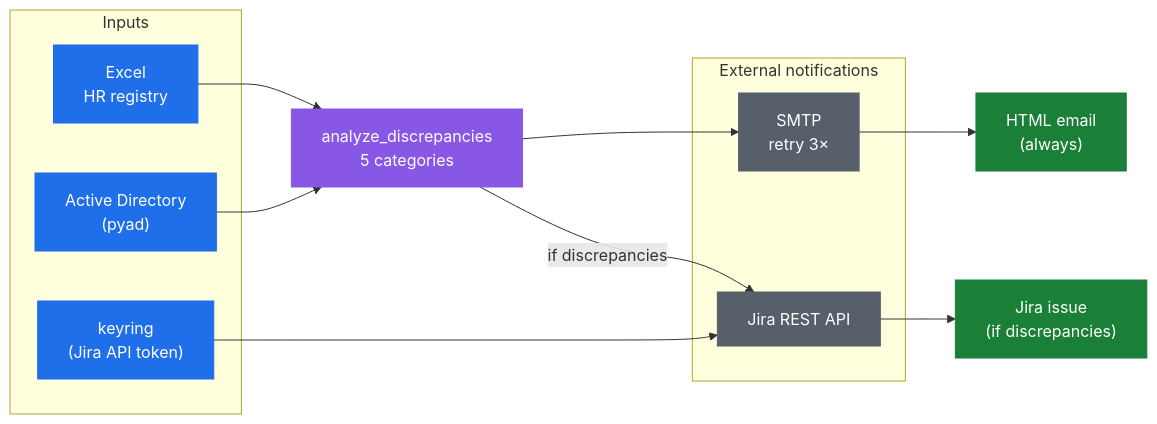
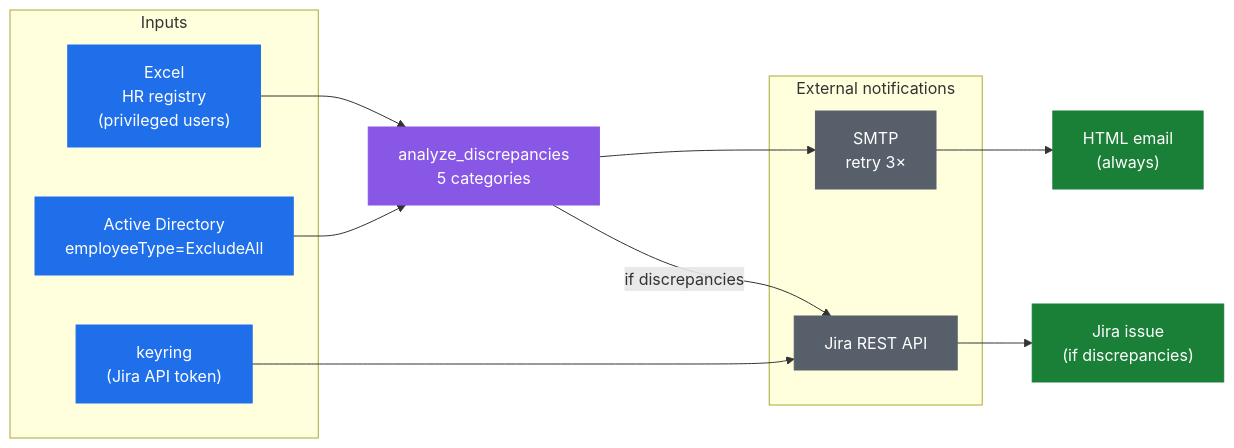
Before and after one commit to ilik1799/ad-hr-sync-checker: the diagram in README.md, drawn with Mermaid. The commit also changed other lines of this file, not shown here.

Commit message:
docs: clarify diagram labels (privileged users, ExcludeAll filter)

````diff
--- a/README.md
+++ b/README.md
@@ -28,35 +28,35 @@
 ```mermaid
 flowchart LR
     subgraph IN["Inputs"]
-        EX["Excel<br/>HR registry"]
-        AD["Active Directory<br/>(pyad)"]
+        EX["Excel<br/>HR registry<br/>(privileged users)"]
+        AD["Active Directory<br/>employeeType=ExcludeAll"]
         KR["keyring<br/>(Jira API token)"]
     end
 
     ANALYZE["analyze_discrepancies<br/>5 categories"]
 
     subgraph EXT["External notifications"]
         SMTP["SMTP<br/>retry 3×"]
         JIRA["Jira REST API"]
     end
 
     EMAIL["HTML email<br/>(always)"]
     ISSUE["Jira issue<br/>(if discrepancies)"]
 
     EX --> ANALYZE
     AD --> ANALYZE
     ANALYZE --> SMTP
     SMTP --> EMAIL
     KR --> JIRA
     ANALYZE -->|"if discrepancies"| JIRA
     JIRA --> ISSUE
 
     classDef in fill:#1f6feb,stroke:#1f6feb,color:#fff
     classDef core fill:#8957e5,stroke:#8957e5,color:#fff
     classDef ext fill:#57606a,stroke:#57606a,color:#fff
     classDef out fill:#1a7f37,stroke:#1a7f37,color:#fff
     class EX,AD,KR in
     class ANALYZE core
     class SMTP,JIRA ext
     class EMAIL,ISSUE out
 ```
````
